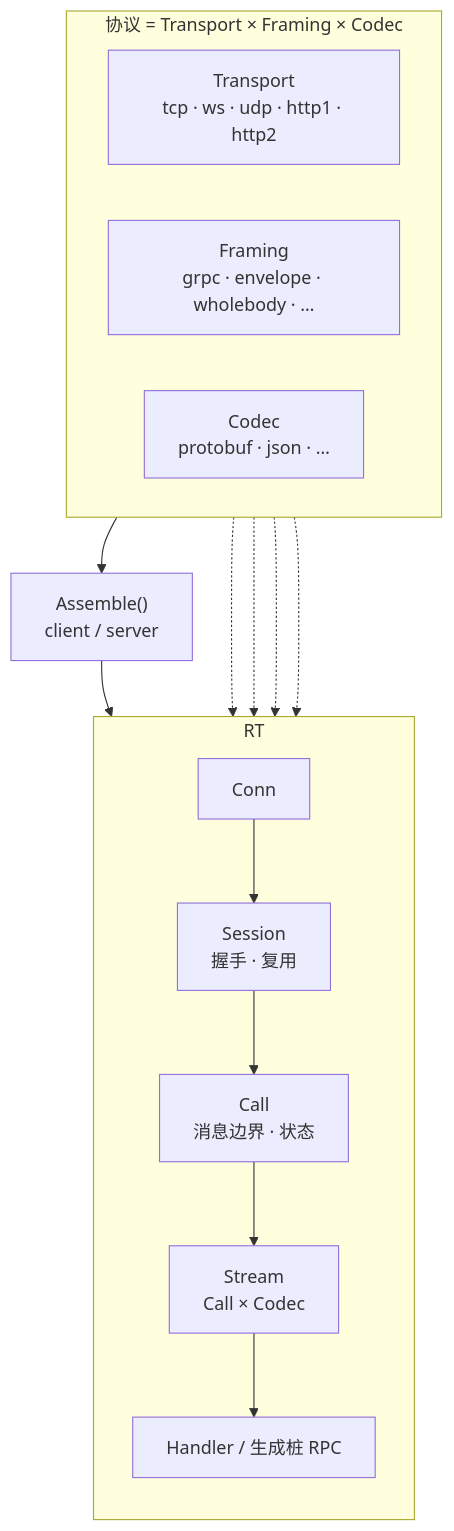
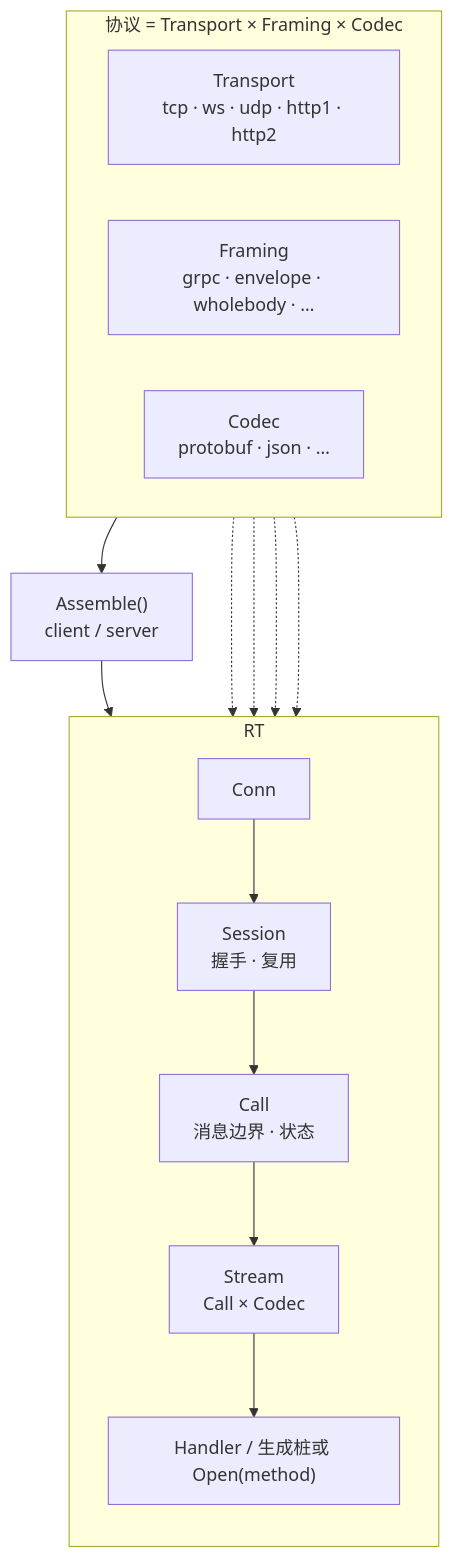
Before and after one commit to argos-io/argos: the diagram in README.md, drawn with Mermaid. The commit also changed other lines of this file and 5 other files, not shown here.

````diff
--- a/README.md
+++ b/README.md
@@ -13,27 +15,27 @@
 ```mermaid
 flowchart TB
   subgraph axes["协议 = Transport × Framing × Codec"]
     direction LR
     T["Transport<br/>tcp · ws · udp · http1 · http2"]
     F["Framing<br/>grpc · envelope · wholebody · …"]
     K["Codec<br/>protobuf · json · …"]
   end
 
   axes --> ASM["Assemble()<br/>client / server"]
   ASM --> RT["运行时路径（每条连接）"]
 
   subgraph RT
     direction TB
     CN["Conn"]
     SE["Session<br/>握手 · 复用"]
     CA["Call<br/>消息边界 · 状态"]
     ST["Stream<br/>Call × Codec"]
-    APP["Handler / 生成桩 RPC"]
+    APP["Handler / 生成桩或 Open(method)"]
     CN --> SE --> CA --> ST --> APP
   end
 
   T -.-> CN
   F -.-> SE
   F -.-> CA
   K -.-> ST
 ```
````
